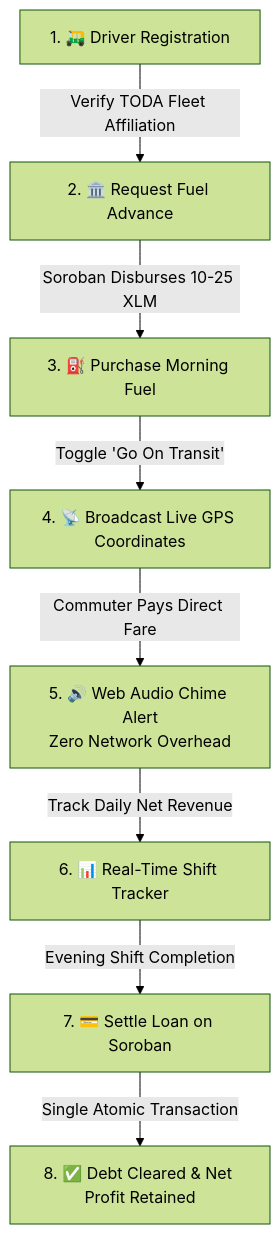
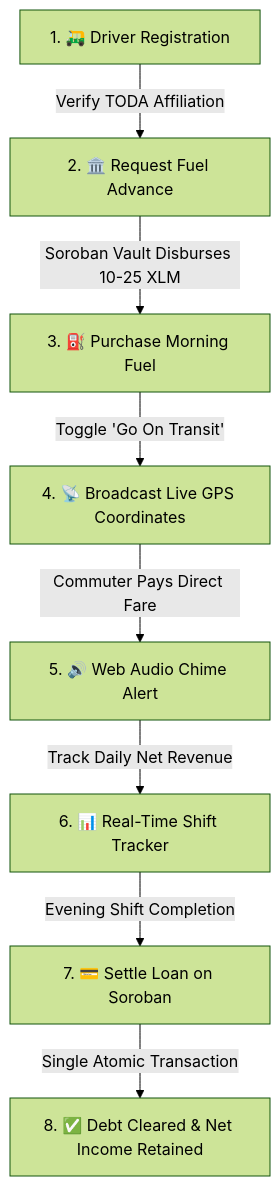
The third of 5 diagrams in docs/FLOWCHARTS.md (zneright/mobilis), drawn with Mermaid (forest theme) before and after one commit. The commit also changed other lines of this file and 1 other file, not shown here.

````diff
--- a/docs/FLOWCHARTS.md
+++ b/docs/FLOWCHARTS.md
@@ -60,10 +60,10 @@
 ```mermaid
 flowchart TD
-    D1[1. 🛺 Driver Registration] -->|Verify TODA Fleet Affiliation| D2[2. 🏛️ Request Fuel Advance]
-    D2 -->|Soroban Disburses 10-25 XLM| D3[3. ⛽ Purchase Morning Fuel]
-    D3 -->|Toggle 'Go On Transit'| D4[4. 📡 Broadcast Live GPS Coordinates]
-    D4 -->|Commuter Pays Direct Fare| D5[5. 🔊 Web Audio Chime Alert<br/>Zero Network Overhead]
-    D5 -->|Track Daily Net Revenue| D6[6. 📊 Real-Time Shift Tracker]
-    D6 -->|Evening Shift Completion| D7[7. 💳 Settle Loan on Soroban]
-    D7 -->|Single Atomic Transaction| D8[8. ✅ Debt Cleared & Net Profit Retained]
+    D1["1. 🛺 Driver Registration"] -->|Verify TODA Affiliation| D2["2. 🏛️ Request Fuel Advance"]
+    D2 -->|Soroban Vault Disburses 10-25 XLM| D3["3. ⛽ Purchase Morning Fuel"]
+    D3 -->|Toggle 'Go On Transit'| D4["4. 📡 Broadcast Live GPS Coordinates"]
+    D4 -->|Commuter Pays Direct Fare| D5["5. 🔊 Web Audio Chime Alert"]
+    D5 -->|Track Daily Net Revenue| D6["6. 📊 Real-Time Shift Tracker"]
+    D6 -->|Evening Shift Completion| D7["7. 💳 Settle Loan on Soroban"]
+    D7 -->|Single Atomic Transaction| D8["8. ✅ Debt Cleared & Net Income Retained"]
 ```
````
